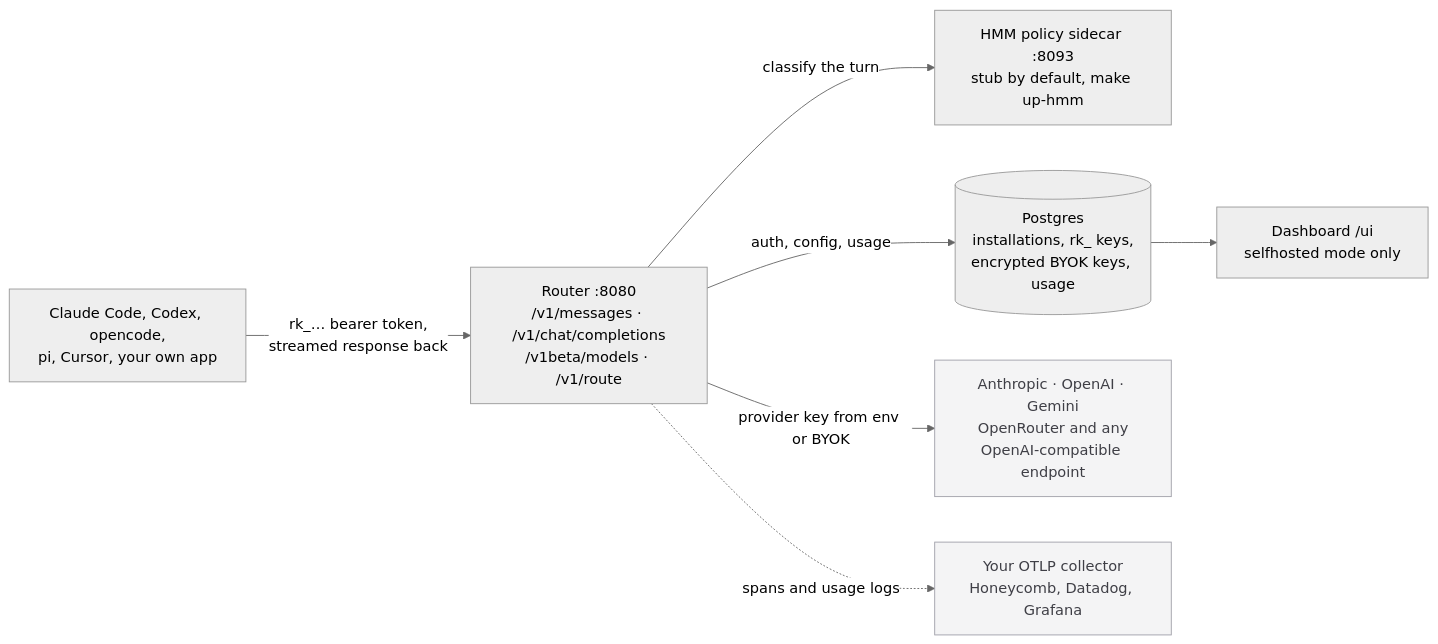
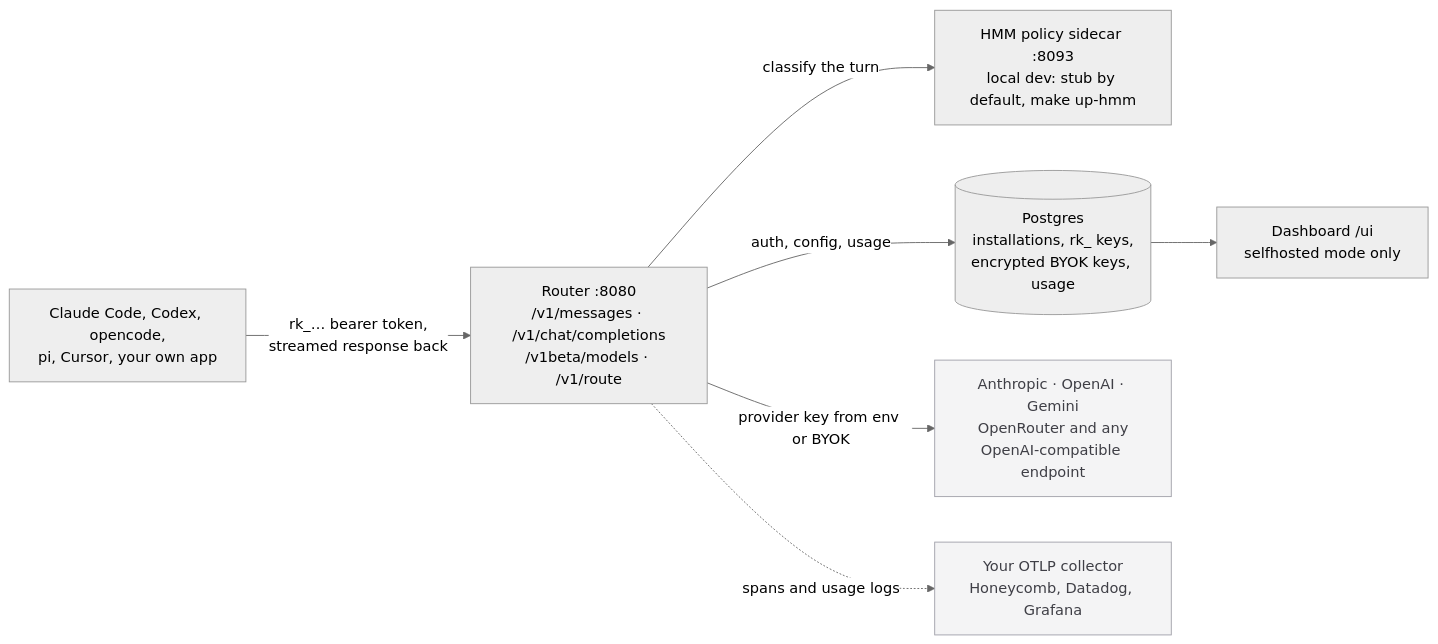
One commit to weave-os/router changed the diagram in README.md. Above: the diagram before and after it, drawn with Mermaid (neutral theme). The commit also changed other lines of this file and 10 other files, not shown here.

Commit message:
docs: name policy_router_v5 as the classifier contract, label the HMM stub local-dev only, mark retired escalation tables archived

````diff
--- a/README.md
+++ b/README.md
@@ -111,20 +112,20 @@
 ```mermaid
 flowchart LR
     client["Claude Code, Codex, opencode,<br/>pi, Cursor, your own app"]
     router["Router :8080<br/>/v1/messages · /v1/chat/completions<br/>/v1beta/models · /v1/route"]
-    hmm["HMM policy sidecar :8093<br/>stub by default, make up-hmm"]
+    hmm["HMM policy sidecar :8093<br/>local dev: stub by default, make up-hmm"]
     pg[("Postgres<br/>installations, rk_ keys,<br/>encrypted BYOK keys, usage")]
     ui["Dashboard /ui<br/>selfhosted mode only"]
     providers["Anthropic · OpenAI · Gemini<br/>OpenRouter and any<br/>OpenAI-compatible endpoint"]
     otel["Your OTLP collector<br/>Honeycomb, Datadog, Grafana"]
 
     client -->|"rk_… bearer token,<br/>streamed response back"| router
     router -->|"classify the turn"| hmm
     router -->|"auth, config, usage"| pg
     pg --> ui
     router -->|"provider key from env or BYOK"| providers
     router -.->|"spans and usage logs"| otel
 
     classDef external fill:#f4f4f5,stroke:#a1a1aa,color:#3f3f46
     class providers,otel external
 ```
````
